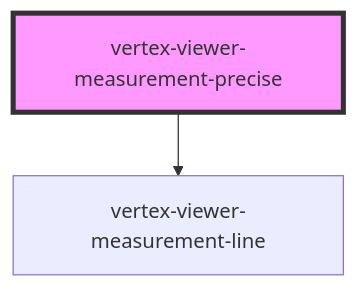
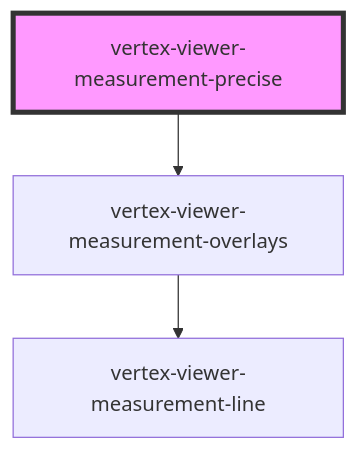
One commit to Vertexvis/vertex-web-sdk changed the diagram in packages/viewer/src/components/viewer-measurement-precise/readme.md. Above: the diagram before and after it, drawn with Mermaid. The commit also changed other lines of this file and 12 other files, not shown here.

````diff
--- a/packages/viewer/src/components/viewer-measurement-precise/readme.md
+++ b/packages/viewer/src/components/viewer-measurement-precise/readme.md
@@ -36,5 +27,6 @@
 ```mermaid
 graph TD;
-  vertex-viewer-measurement-precise --> vertex-viewer-measurement-line
+  vertex-viewer-measurement-precise --> vertex-viewer-measurement-overlays
+  vertex-viewer-measurement-overlays --> vertex-viewer-measurement-line
   style vertex-viewer-measurement-precise fill:#f9f,stroke:#333,stroke-width:4px
 ```
````
